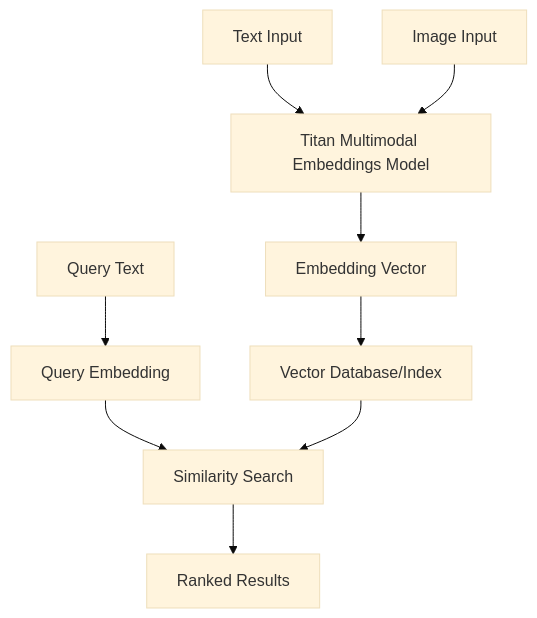
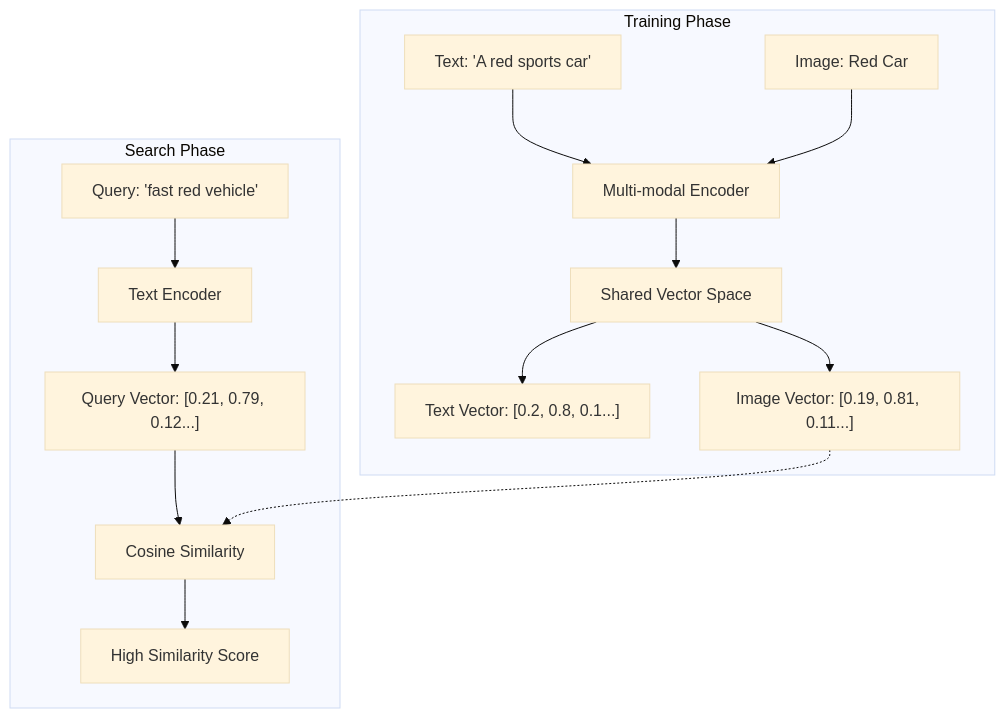
One commit to ManojRamani/aws-samples-amazon-bedrock-workshop changed the first of 3 diagrams in my-analysis/SUMMARY-04_Image_and_Multimodal.md. Above: the diagram before and after it, drawn with Mermaid (base theme). The commit also changed other lines of this file and 2 other files, not shown here.

````diff
--- a/my-analysis/SUMMARY-04_Image_and_Multimodal.md
+++ b/my-analysis/SUMMARY-04_Image_and_Multimodal.md
@@ -140,11 +278,18 @@
 ```mermaid
-    flowchart TD
-        A[Text Input] --> C[Titan Multimodal Embeddings Model]
-        B[Image Input] --> C
-        C --> D[Embedding Vector]
-        D --> E[Vector Database/Index]
-        F[Query Text] --> G[Query Embedding]
-        G --> H[Similarity Search]
-        E --> H
-        H --> I[Ranked Results]
+flowchart TD
+    subgraph "Training Phase"
+        A["Text: 'A red sports car'"] --> C[Multi-modal Encoder]
+        B["Image: Red Car"] --> C
+        C --> D[Shared Vector Space]
+        D --> E["Text Vector: [0.2, 0.8, 0.1...]"]
+        D --> F["Image Vector: [0.19, 0.81, 0.11...]"]
+    end
+    
+    subgraph "Search Phase"
+        G["Query: 'fast red vehicle'"] --> H[Text Encoder]
+        H --> I["Query Vector: [0.21, 0.79, 0.12...]"]
+        I --> J[Cosine Similarity]
+        F -.-> J
+        J --> K[High Similarity Score]
+    end
 ```
````
